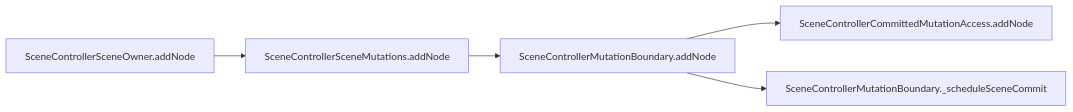
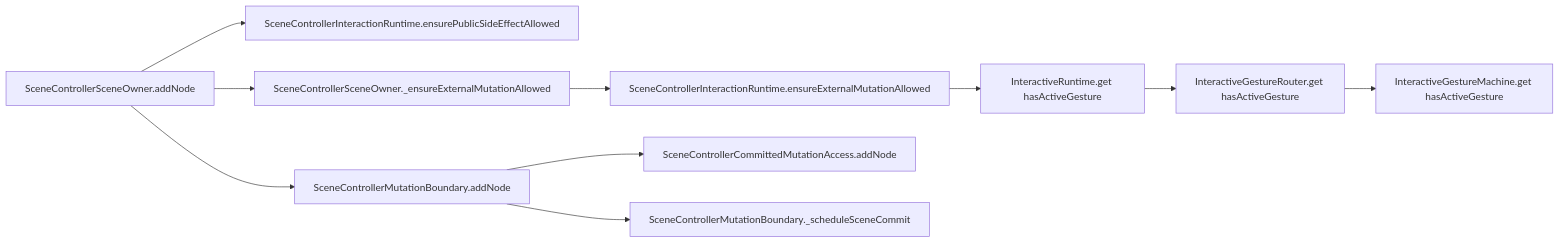
The diagram in docs/target_architecture/evidence/add_node_write_flow.md (GreatPika/iwb_canvas_engine), drawn with Mermaid before and after one commit. The commit also changed 40 other files, not shown here.

First line of the commit message:
feat(interactive): narrow mutation gateway surface

````diff
--- a/docs/target_architecture/evidence/add_node_write_flow.md
+++ b/docs/target_architecture/evidence/add_node_write_flow.md
@@ -1,13 +1,23 @@
 ```mermaid
 flowchart LR
   N0["SceneControllerSceneOwner.addNode"]
-  N1["SceneControllerSceneMutations.addNode"]
+  N1["SceneControllerInteractionRuntime.ensurePublicSideEffectAllowed"]
   N0 --> N1
-  N2["SceneControllerMutationBoundary.addNode"]
-  N1 --> N2
-  N3["SceneControllerCommittedMutationAccess.addNode"]
+  N2["SceneControllerSceneOwner._ensureExternalMutationAllowed"]
+  N0 --> N2
+  N3["SceneControllerInteractionRuntime.ensureExternalMutationAllowed"]
   N2 --> N3
-  N4["SceneControllerMutationBoundary._scheduleSceneCommit"]
-  N2 --> N4
+  N4["InteractiveRuntime.get hasActiveGesture"]
+  N3 --> N4
+  N5["InteractiveGestureRouter.get hasActiveGesture"]
+  N4 --> N5
+  N6["InteractiveGestureMachine.get hasActiveGesture"]
+  N5 --> N6
+  N7["SceneControllerMutationBoundary.addNode"]
+  N0 --> N7
+  N8["SceneControllerCommittedMutationAccess.addNode"]
+  N7 --> N8
+  N9["SceneControllerMutationBoundary._scheduleSceneCommit"]
+  N7 --> N9
 
 ```
````
